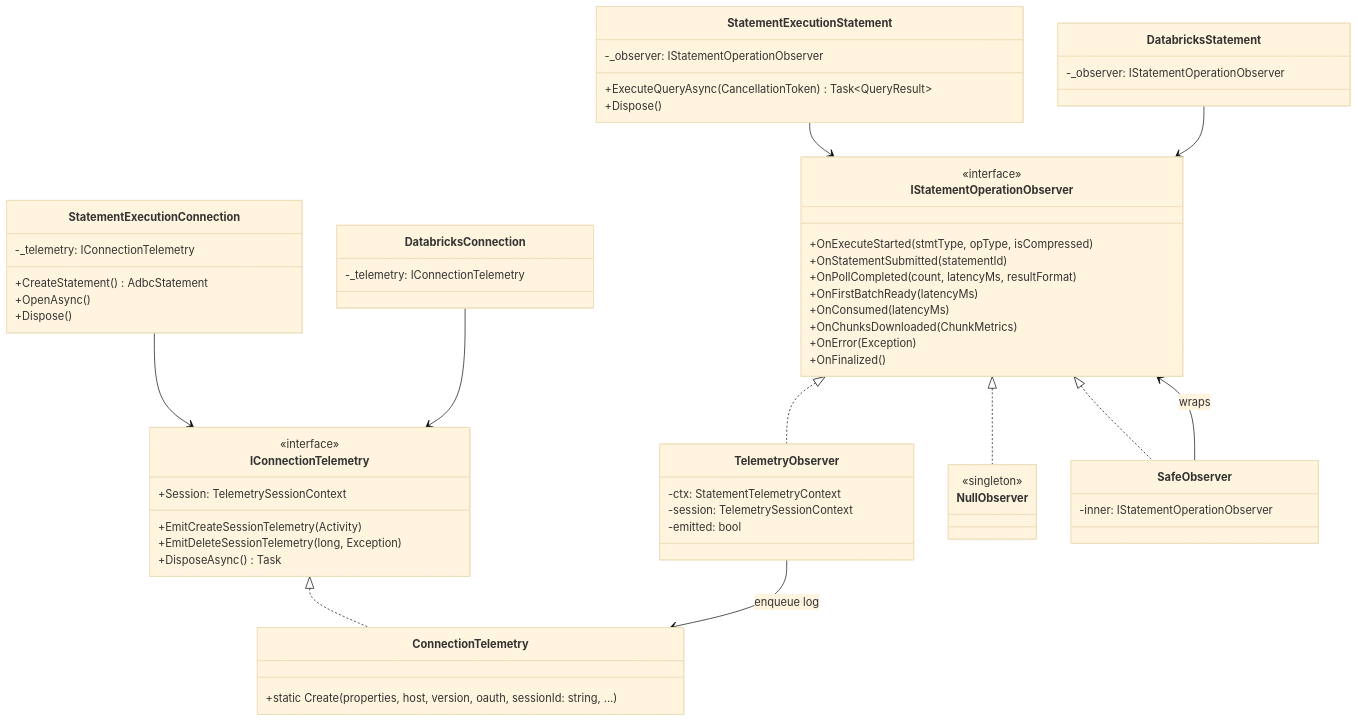
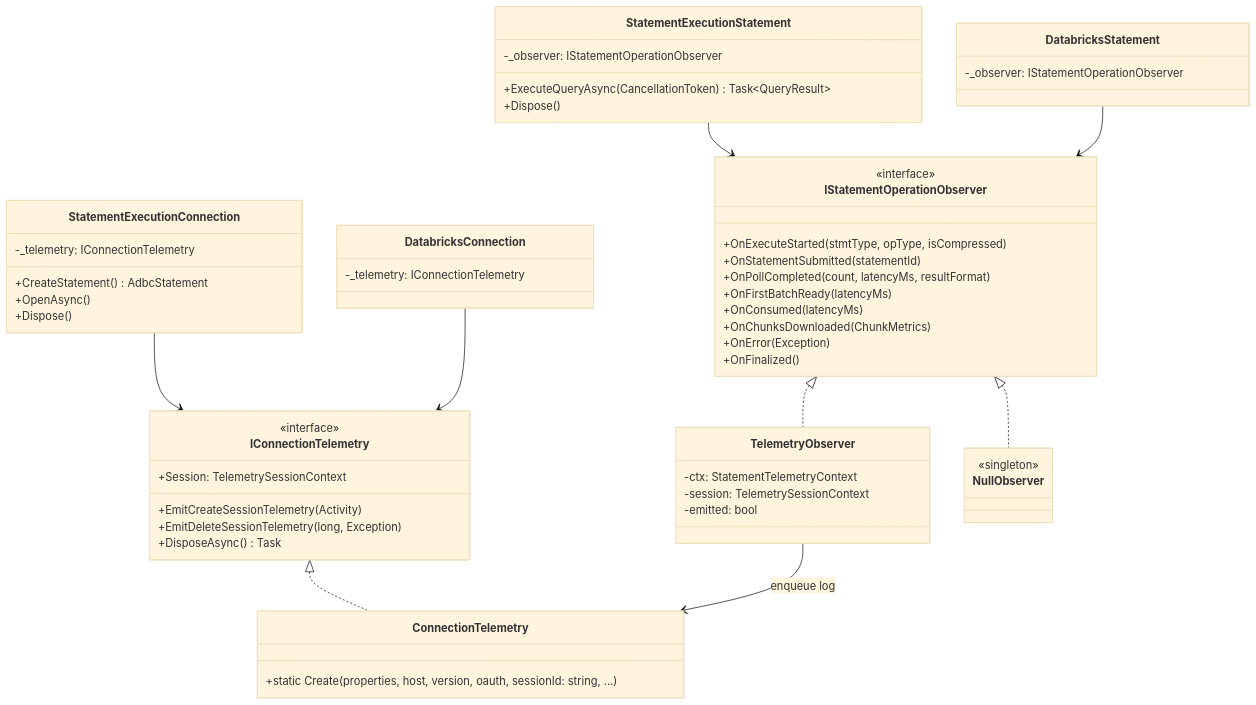
The first of 3 diagrams in docs/designs/PECO-3022-sea-telemetry-integration-design.md (adbc-drivers/databricks), drawn with Mermaid (base theme) before and after one commit. The commit also changed other lines of this file and 4 other files, not shown here.

First line of the commit message:
Address PR review feedback: drop SafeObserver, scope try/catch to OnFinalized

````diff
--- a/docs/designs/PECO-3022-sea-telemetry-integration-design.md
+++ b/docs/designs/PECO-3022-sea-telemetry-integration-design.md
@@ -73,72 +73,66 @@
 ```mermaid
 classDiagram
     class IConnectionTelemetry {
         <<interface>>
         +Session: TelemetrySessionContext
         +EmitCreateSessionTelemetry(Activity)
         +EmitDeleteSessionTelemetry(long, Exception)
         +DisposeAsync() Task
     }
 
     class ConnectionTelemetry {
         +static Create(properties, host, version, oauth, sessionId: string, ...)
     }
 
     class IStatementOperationObserver {
         <<interface>>
         +OnExecuteStarted(stmtType, opType, isCompressed)
         +OnStatementSubmitted(statementId)
         +OnPollCompleted(count, latencyMs, resultFormat)
         +OnFirstBatchReady(latencyMs)
         +OnConsumed(latencyMs)
         +OnChunksDownloaded(ChunkMetrics)
         +OnError(Exception)
         +OnFinalized()
     }
 
     class TelemetryObserver {
         -ctx: StatementTelemetryContext
         -session: TelemetrySessionContext
         -emitted: bool
     }
 
     class NullObserver {
         <<singleton>>
     }
 
-    class SafeObserver {
-        -inner: IStatementOperationObserver
-    }
-
     class StatementExecutionConnection {
         -_telemetry: IConnectionTelemetry
         +CreateStatement() AdbcStatement
         +OpenAsync()
         +Dispose()
     }
 
     class StatementExecutionStatement {
         -_observer: IStatementOperationObserver
         +ExecuteQueryAsync(CancellationToken) Task~QueryResult~
         +Dispose()
     }
 
     class DatabricksConnection {
         -_telemetry: IConnectionTelemetry
     }
 
     class DatabricksStatement {
         -_observer: IStatementOperationObserver
     }
 
     IConnectionTelemetry <|.. ConnectionTelemetry
     IStatementOperationObserver <|.. TelemetryObserver
     IStatementOperationObserver <|.. NullObserver
-    IStatementOperationObserver <|.. SafeObserver
-    SafeObserver --> IStatementOperationObserver : wraps
     StatementExecutionConnection --> IConnectionTelemetry
     DatabricksConnection --> IConnectionTelemetry
     StatementExecutionStatement --> IStatementOperationObserver
     DatabricksStatement --> IStatementOperationObserver
     TelemetryObserver --> ConnectionTelemetry : enqueue log
 ```
````
